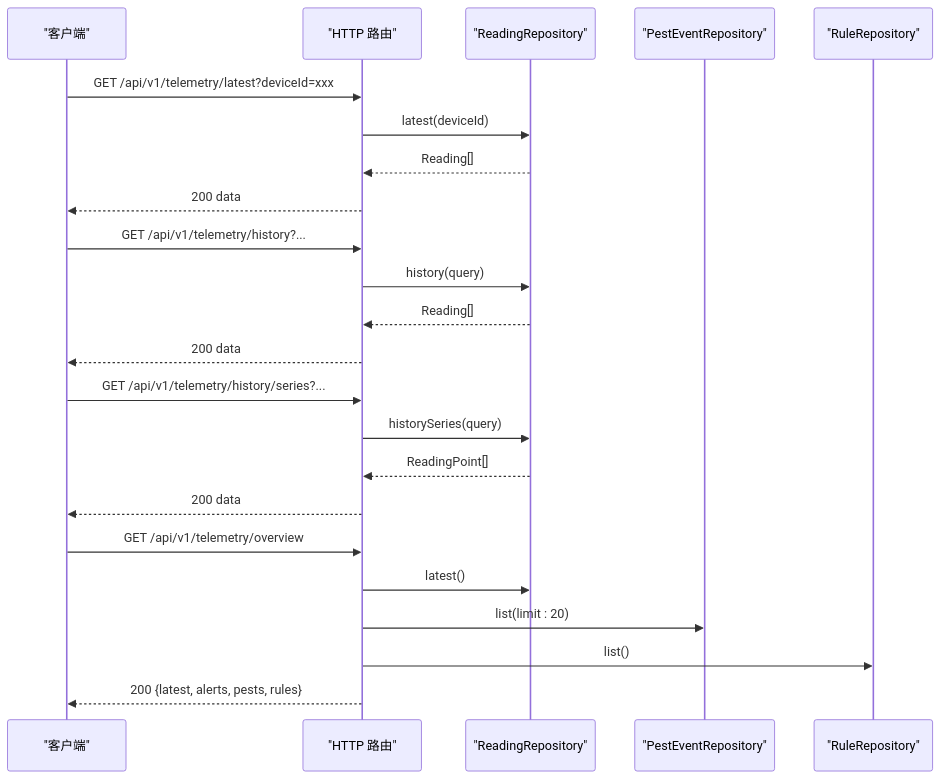
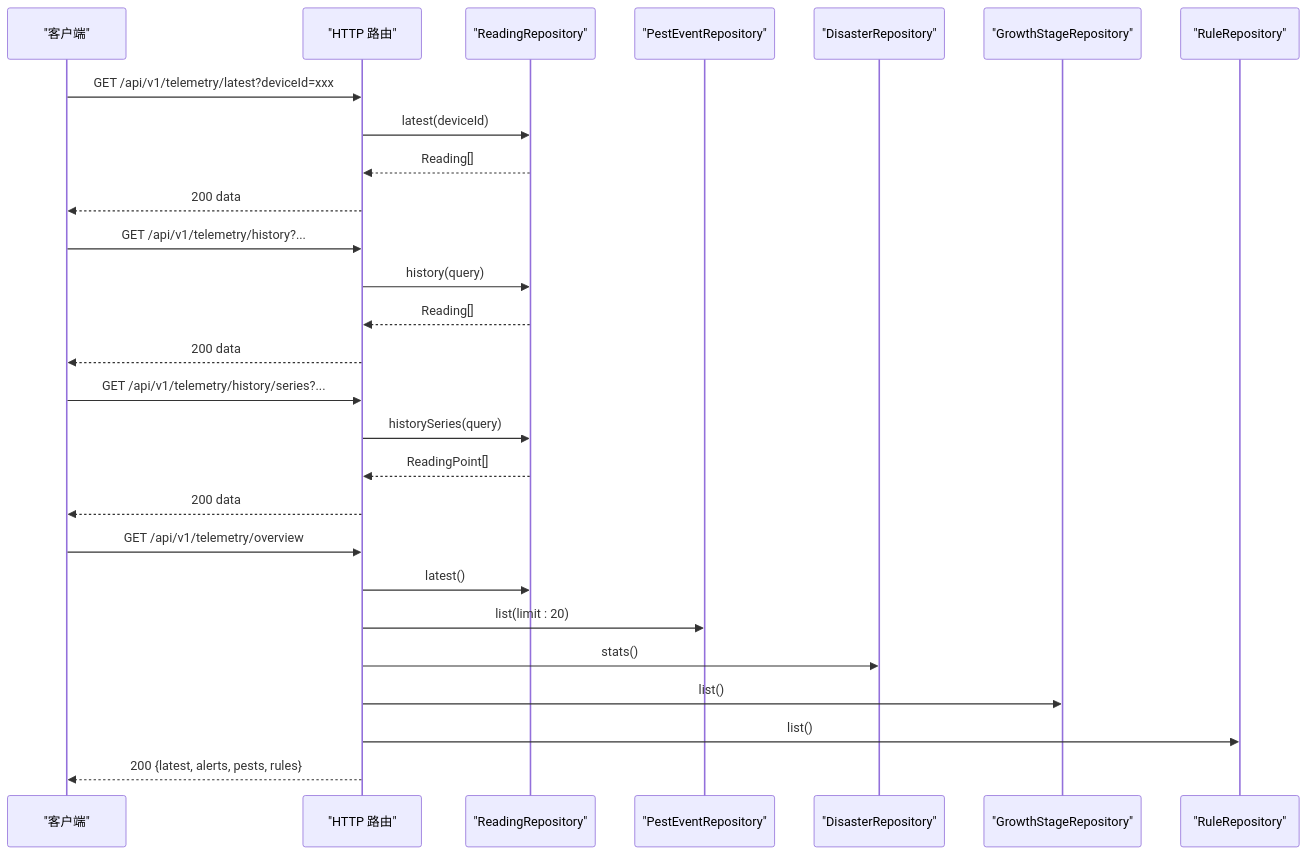
Before and after one commit to q446328246/agri-platform: diagram 12 of 13 in .qoder/repowiki/zh/content/核心服务文档/遥测数据服务.md, drawn with Mermaid. The commit also changed other lines of this file and 52 other files, not shown here.

````diff
--- a/.qoder/repowiki/zh/content/核心服务文档/遥测数据服务.md
+++ b/.qoder/repowiki/zh/content/核心服务文档/遥测数据服务.md
@@ -353,25 +504,29 @@
 ```mermaid
 sequenceDiagram
 participant Client as "客户端"
 participant HTTP as "HTTP 路由"
 participant Repo as "ReadingRepository"
 participant PestRepo as "PestEventRepository"
+participant DisasterRepo as "DisasterRepository"
+participant GrowthRepo as "GrowthStageRepository"
 participant RuleRepo as "RuleRepository"
 Client->>HTTP : GET /api/v1/telemetry/latest?deviceId=xxx
 HTTP->>Repo : latest(deviceId)
 Repo-->>HTTP : Reading[]
 HTTP-->>Client : 200 data
 Client->>HTTP : GET /api/v1/telemetry/history?...
 HTTP->>Repo : history(query)
 Repo-->>HTTP : Reading[]
 HTTP-->>Client : 200 data
 Client->>HTTP : GET /api/v1/telemetry/history/series?...
 HTTP->>Repo : historySeries(query)
 Repo-->>HTTP : ReadingPoint[]
 HTTP-->>Client : 200 data
 Client->>HTTP : GET /api/v1/telemetry/overview
 HTTP->>Repo : latest()
 HTTP->>PestRepo : list(limit : 20)
+HTTP->>DisasterRepo : stats()
+HTTP->>GrowthRepo : list()
 HTTP->>RuleRepo : list()
 HTTP-->>Client : 200 {latest, alerts, pests, rules}
 ```
````
